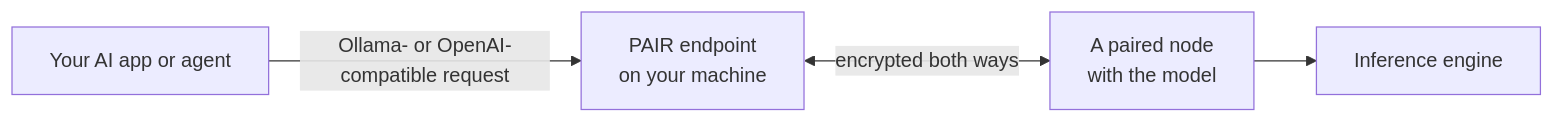
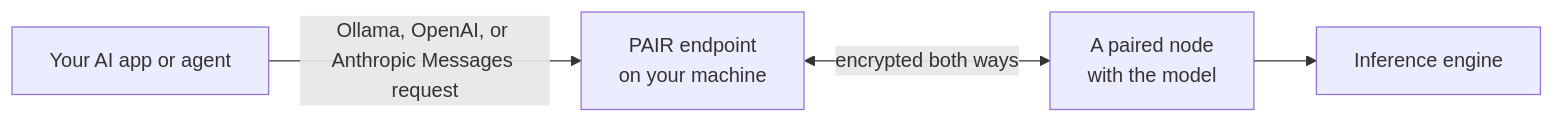
The diagram in docs/overview.mdx (NVIDIA/Personal-AI-Router), drawn with Mermaid before and after one commit. The commit also changed other lines of this file and 7 other files, not shown here.

First line of the commit message:
Add Anthropic Messages API Routing (#27)

````diff
--- a/docs/overview.mdx
+++ b/docs/overview.mdx
@@ -84,6 +84,6 @@
 ```mermaid
 flowchart LR
-    Client["Your AI app or agent"] -->|"Ollama- or OpenAI-compatible request"| Endpoint["PAIR endpoint<br/>on your machine"]
+    Client["Your AI app or agent"] -->|"Ollama, OpenAI, or Anthropic Messages request"| Endpoint["PAIR endpoint<br/>on your machine"]
     Endpoint <-->|"encrypted both ways"| Node["A paired node<br/>with the model"]
     Node --> Engine["Inference engine"]
 ```
````
